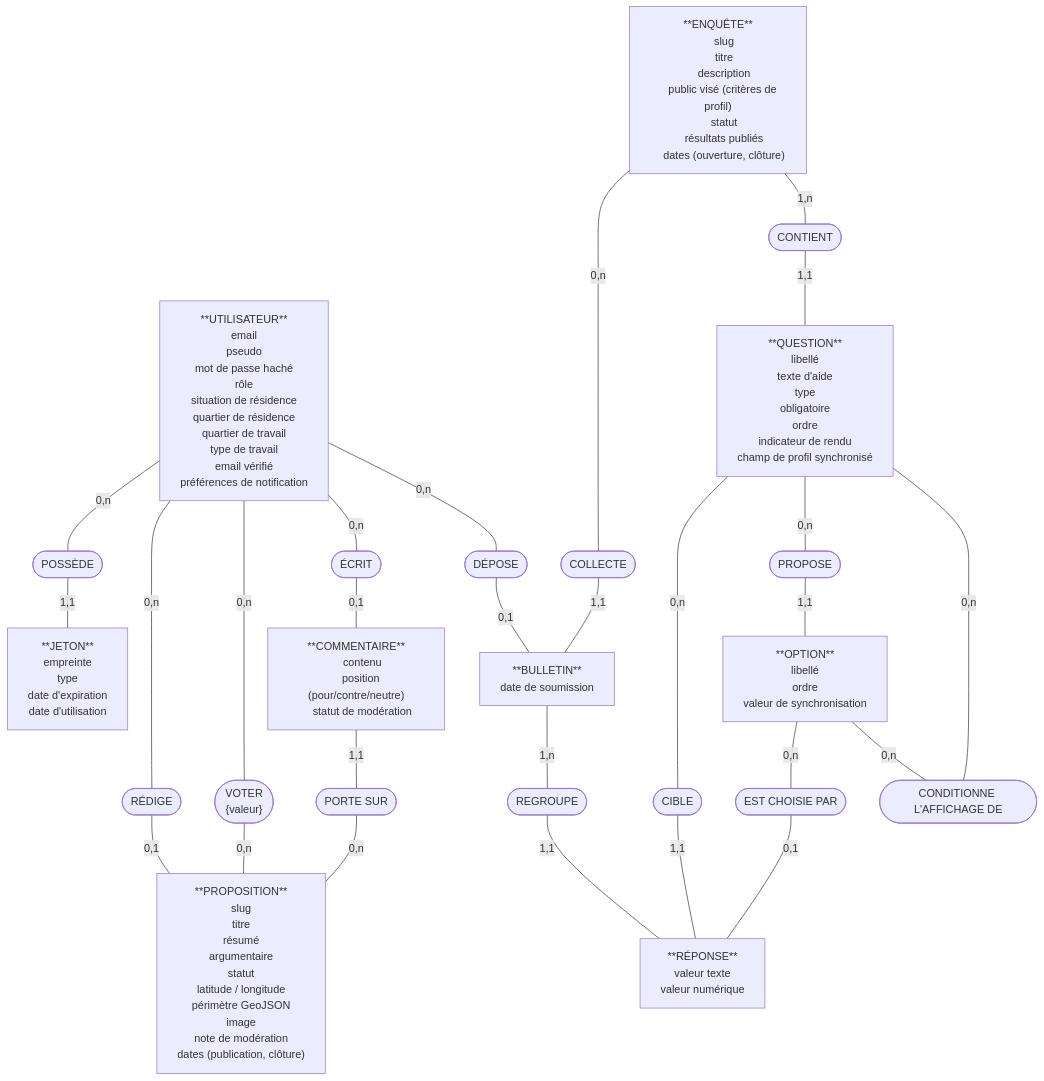
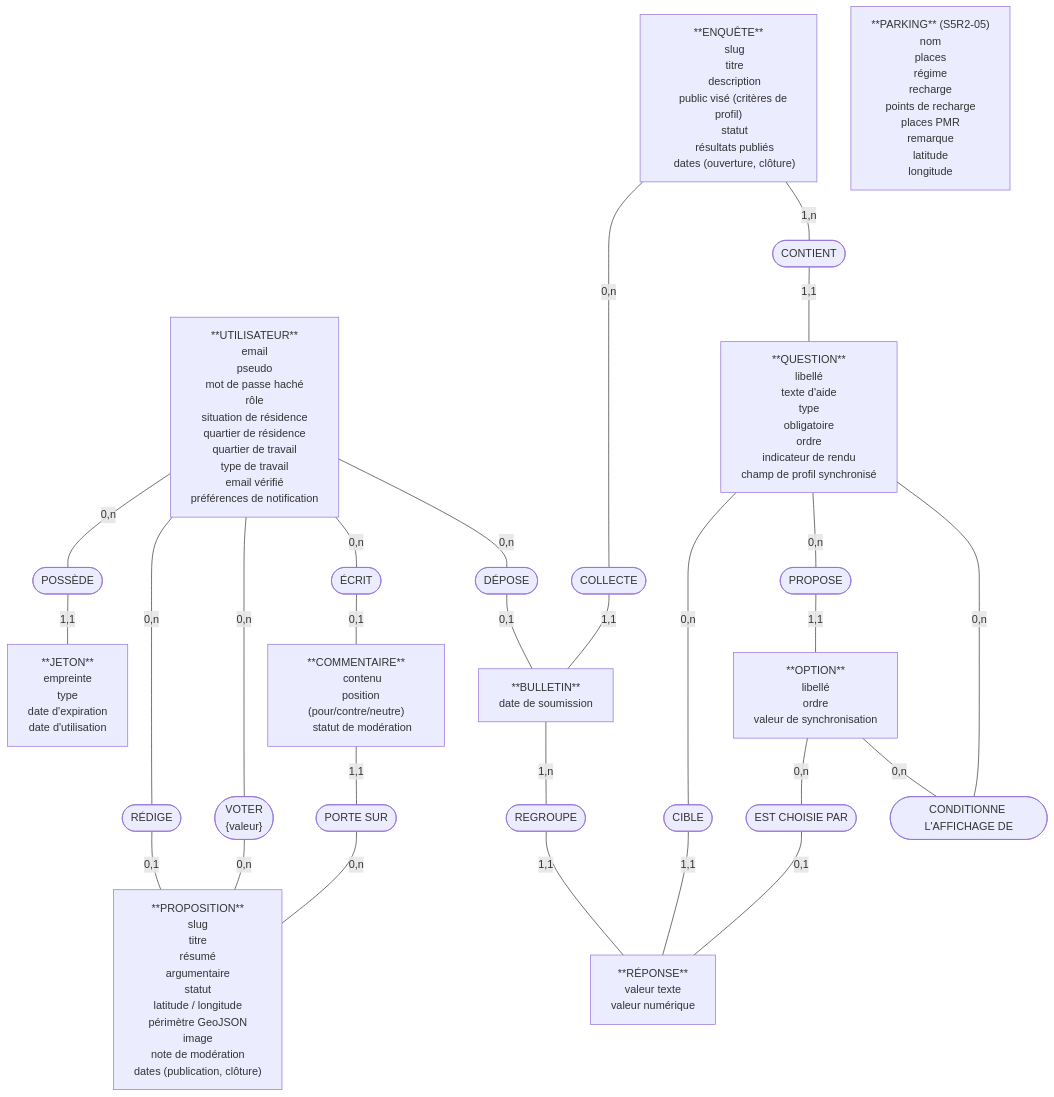
One commit to Nathalie-Leduc/Senlis-Participatif-docs changed the diagram in 08-merise-mcd-mld-mpd.md. Above: the diagram before and after it, drawn with Mermaid. The commit also changed other lines of this file and 9 other files, not shown here.

```diff
--- a/08-merise-mcd-mld-mpd.md
+++ b/08-merise-mcd-mld-mpd.md
@@ -75,6 +75,17 @@
     valeur texte
     valeur numérique"]
 
+    PARKING["**PARKING** (S5R2-05)
+    nom
+    places
+    régime
+    recharge
+    points de recharge
+    places PMR
+    remarque
+    latitude
+    longitude"]
+
     aPOSSEDE(["POSSÈDE"])
     aREDIGE(["RÉDIGE"])
     aVOTER(["VOTER
```
